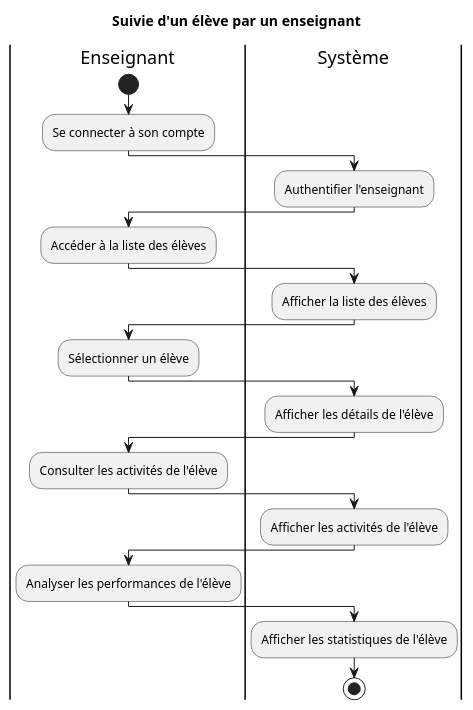
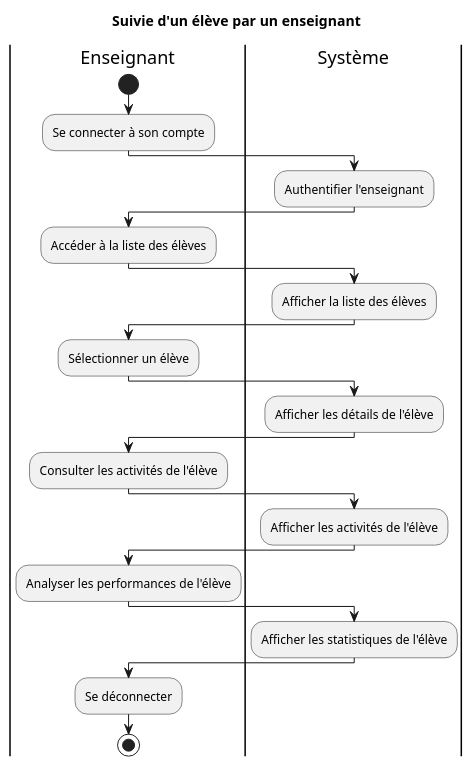
Before and after one commit to AurelienDillies/Primeo: the diagram in Conception/activite/suivieProf.puml, drawn with PlantUML. The commit also changed 3 other files, not shown here.

Commit message:
diagramme suivie parent fait

```diff
--- a/Conception/activite/suivieProf.puml
+++ b/Conception/activite/suivieProf.puml
@@ -1,29 +1,31 @@
 @startuml Suivie d'un élève par un enseignant
 
 title Suivie d'un élève par un enseignant
 
 |Enseignant|
 start
 :Se connecter à son compte;
 |Système|
 :Authentifier l'enseignant;
 |Enseignant|
 :Accéder à la liste des élèves;
 |Système|
 :Afficher la liste des élèves;
 |Enseignant|
 :Sélectionner un élève;
 |Système|
 :Afficher les détails de l'élève;
 |Enseignant|
 :Consulter les activités de l'élève;
 |Système|
 :Afficher les activités de l'élève;
 |Enseignant|
 :Analyser les performances de l'élève;
 |Système|
 :Afficher les statistiques de l'élève;
+|Enseignant|
+:Se déconnecter;
 stop
 
 
 @enduml
```
